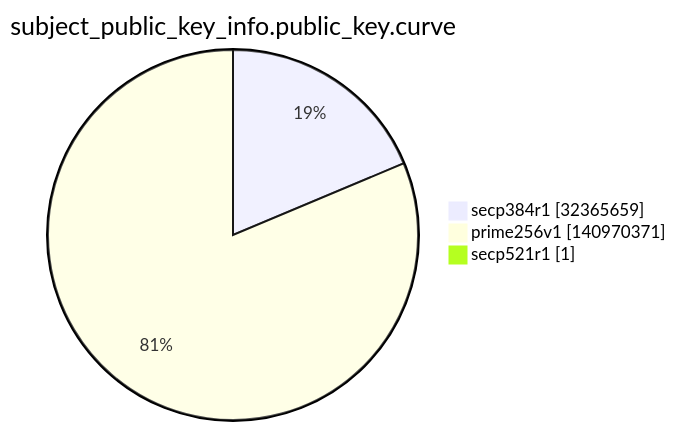
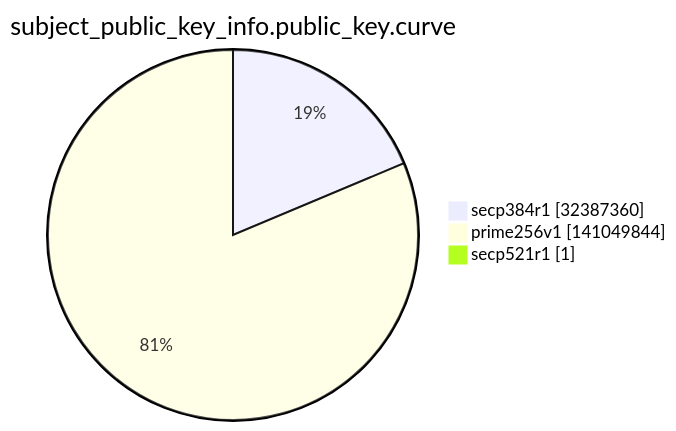
The ninth of 15 diagrams in argon2022/README.md (christiankrug/ctmonitor_visualization), drawn with Mermaid before and after one commit. The commit also changed other lines of this file, not shown here.

````diff
--- a/argon2022/README.md
+++ b/argon2022/README.md
@@ -2763,7 +2763,7 @@
 ```mermaid
 pie showData
 title subject_public_key_info.public_key.curve
-"secp384r1" :32365659
-"prime256v1" :140970371
+"secp384r1" :32387360
+"prime256v1" :141049844
 "secp521r1" :1
 ```
````
